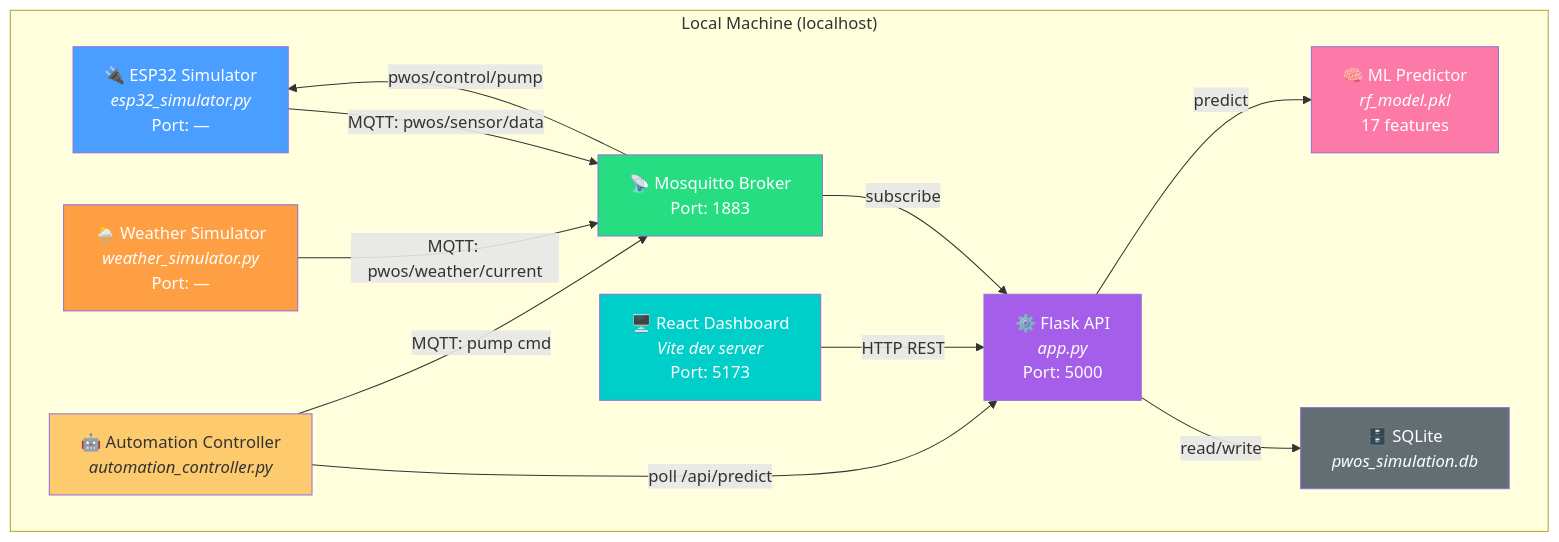
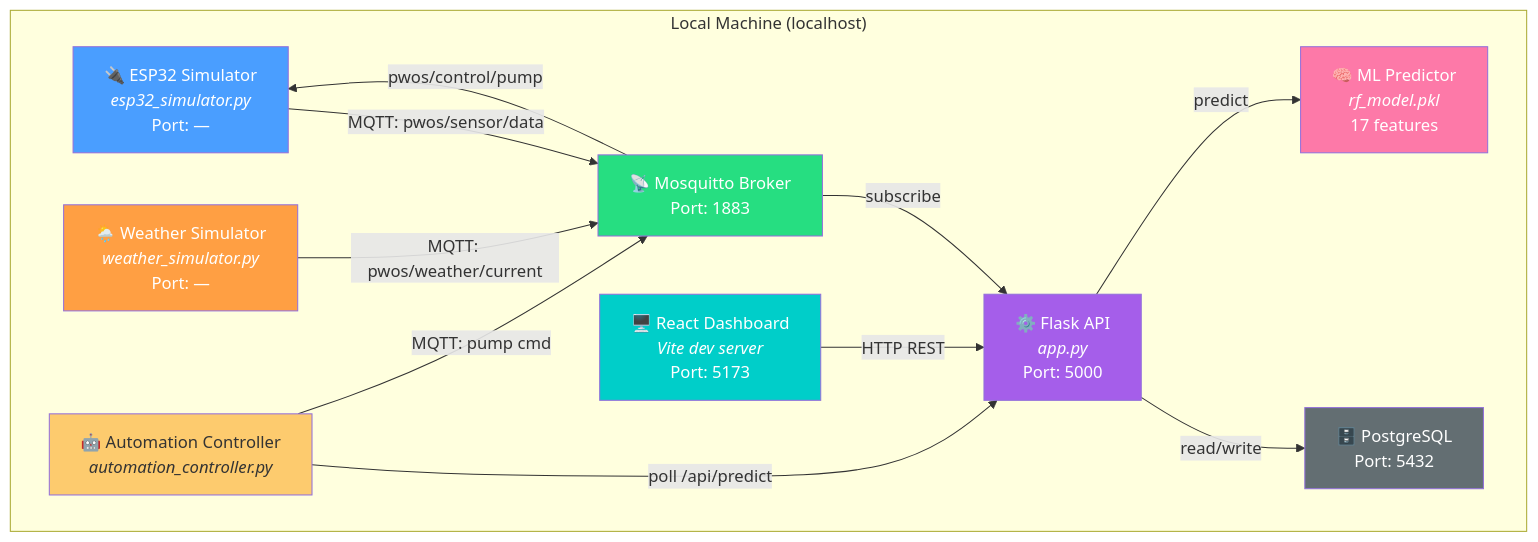
The first of 3 diagrams in docs/PROJECT_OVERVIEW.md (godera010/pwos), drawn with Mermaid before and after one commit. The commit also changed other lines of this file and 226 other files, not shown here.

````diff
--- a/docs/PROJECT_OVERVIEW.md
+++ b/docs/PROJECT_OVERVIEW.md
@@ -23,32 +23,32 @@
 ```mermaid
 graph TB
     subgraph "Local Machine (localhost)"
         SIM["🔌 ESP32 Simulator<br/><i>esp32_simulator.py</i><br/>Port: —"]
         WX["🌦️ Weather Simulator<br/><i>weather_simulator.py</i><br/>Port: —"]
         MQTT["📡 Mosquitto Broker<br/>Port: 1883"]
         API["⚙️ Flask API<br/><i>app.py</i><br/>Port: 5000"]
         AUTO["🤖 Automation Controller<br/><i>automation_controller.py</i>"]
         ML["🧠 ML Predictor<br/><i>rf_model.pkl</i><br/>17 features"]
-        DB["🗄️ SQLite<br/><i>pwos_simulation.db</i>"]
+        DB["🗄️ PostgreSQL<br/>Port: 5432"]
         FE["🖥️ React Dashboard<br/><i>Vite dev server</i><br/>Port: 5173"]
     end
 
     SIM -- "MQTT: pwos/sensor/data" --> MQTT
     WX -- "MQTT: pwos/weather/current" --> MQTT
     MQTT -- "subscribe" --> API
     MQTT -- "pwos/control/pump" --> SIM
     API -- "read/write" --> DB
     API -- "predict" --> ML
     AUTO -- "poll /api/predict" --> API
     AUTO -- "MQTT: pump cmd" --> MQTT
     FE -- "HTTP REST" --> API
 
     style SIM fill:#4a9eff,color:#fff
     style WX fill:#ff9f43,color:#fff
     style MQTT fill:#26de81,color:#fff
     style API fill:#a55eea,color:#fff
     style ML fill:#fd79a8,color:#fff
     style DB fill:#636e72,color:#fff
     style FE fill:#00cec9,color:#fff
     style AUTO fill:#fdcb6e,color:#333
 ```
````
